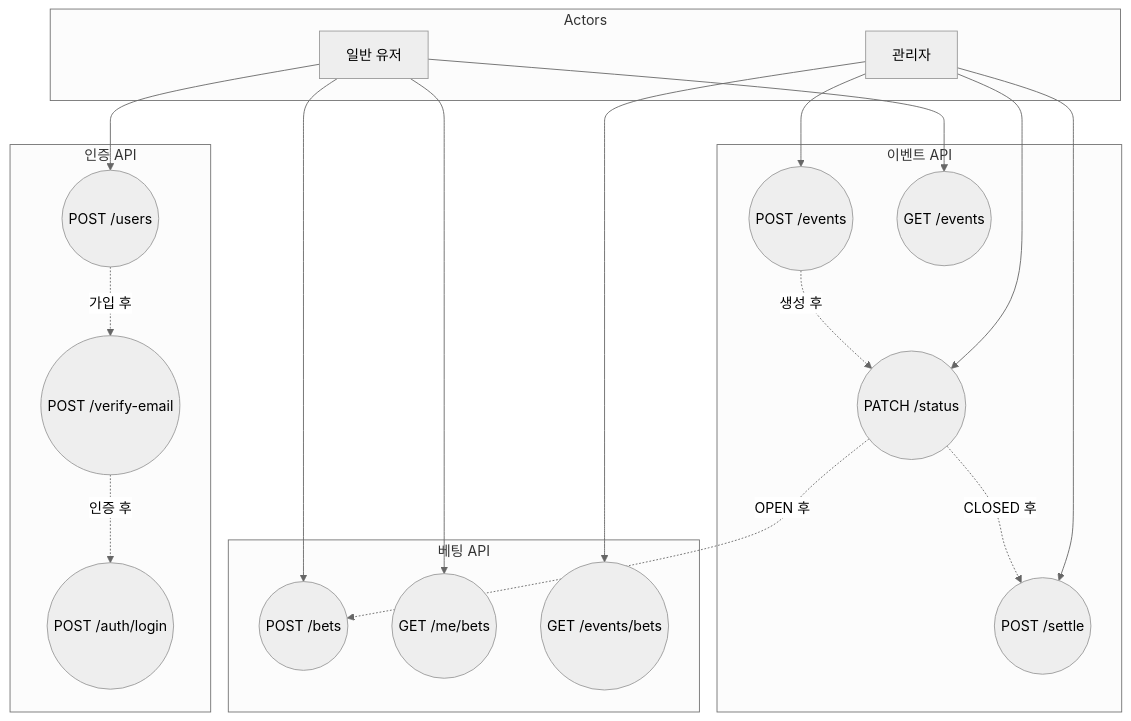
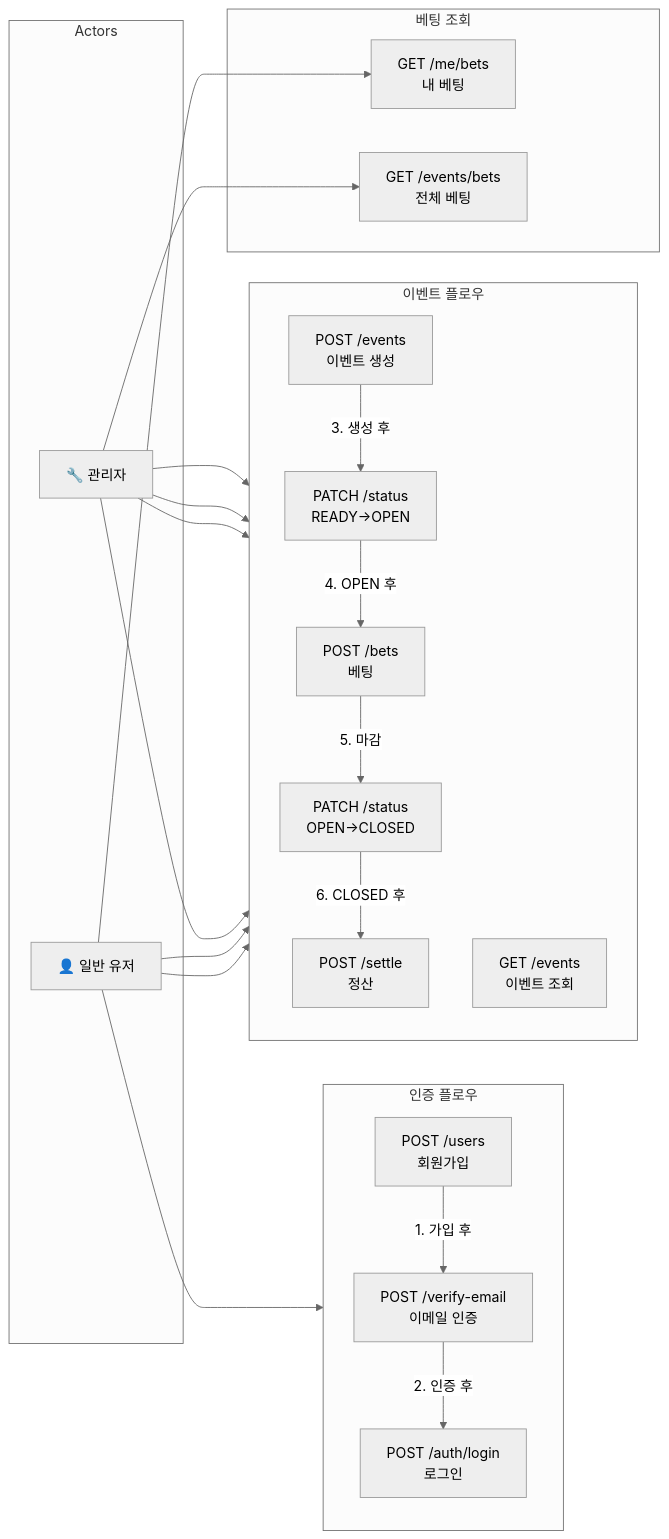
The first of 14 diagrams in snu_toto/tests/TEST_SCENARIOS.md (wafflestudio/23-5-team7-server), drawn with Mermaid (neutral theme) before and after one commit. The commit also changed 4 other files, not shown here.

Commit message:
Pull implementation files from feat/db-schema

````diff
--- a/snu_toto/tests/TEST_SCENARIOS.md
+++ b/snu_toto/tests/TEST_SCENARIOS.md
@@ -33,43 +33,45 @@
 ```mermaid
-flowchart TB
+flowchart LR
     subgraph Actors["Actors"]
-        User["일반 유저"]
-        Admin["관리자"]
+        User["👤 일반 유저"]
+        Admin["🔧 관리자"]
     end
 
-    subgraph AuthAPI["인증 API"]
-        UC1(("POST /users"))
-        UC2(("POST /auth/login"))
-        UC3(("POST /verify-email"))
+    subgraph AuthFlow["인증 플로우"]
+        direction TB
+        A1["POST /users<br/>회원가입"]
+        A2["POST /verify-email<br/>이메일 인증"]
+        A3["POST /auth/login<br/>로그인"]
+        A1 -->|1. 가입 후| A2
+        A2 -->|2. 인증 후| A3
     end
 
-    subgraph EventsAPI["이벤트 API"]
-        UC4(("POST /events"))
-        UC5(("GET /events"))
-        UC6(("PATCH /status"))
-        UC7(("POST /settle"))
+    subgraph EventFlow["이벤트 플로우"]
+        direction TB
+        E1["POST /events<br/>이벤트 생성"]
+        E2["GET /events<br/>이벤트 조회"]
+        E3["PATCH /status<br/>READY→OPEN"]
+        E4["POST /bets<br/>베팅"]
+        E5["PATCH /status<br/>OPEN→CLOSED"]
+        E6["POST /settle<br/>정산"]
+        E1 -->|3. 생성 후| E3
+        E3 -->|4. OPEN 후| E4
+        E4 -->|5. 마감| E5
+        E5 -->|6. CLOSED 후| E6
     end
 
-    subgraph BetsAPI["베팅 API"]
-        UC8(("POST /bets"))
-        UC9(("GET /me/bets"))
-        UC10(("GET /events/bets"))
+    subgraph BetQuery["베팅 조회"]
+        B1["GET /me/bets<br/>내 베팅"]
+        B2["GET /events/bets<br/>전체 베팅"]
     end
 
-    %% Actor → API
-    User --> UC1
-    User --> UC5
-    User --> UC8
-    User --> UC9
-    Admin --> UC4
-    Admin --> UC6
-    Admin --> UC7
-    Admin --> UC10
-
-    %% API Dependencies (점선)
-    UC1 -.->|가입 후| UC3
-    UC3 -.->|인증 후| UC2
-    UC4 -.->|생성 후| UC6
-    UC6 -.->|OPEN 후| UC8
-    UC6 -.->|CLOSED 후| UC7
+    User --> A1
+    User --> E2
+    User --> E4
+    User --> B1
+    Admin --> E1
+    Admin --> E3
+    Admin --> E5
+    Admin --> E6
+    Admin --> B2
 ```
````
